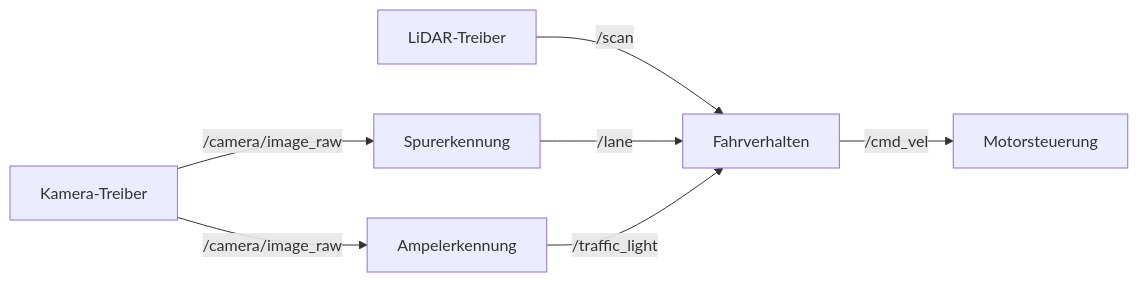
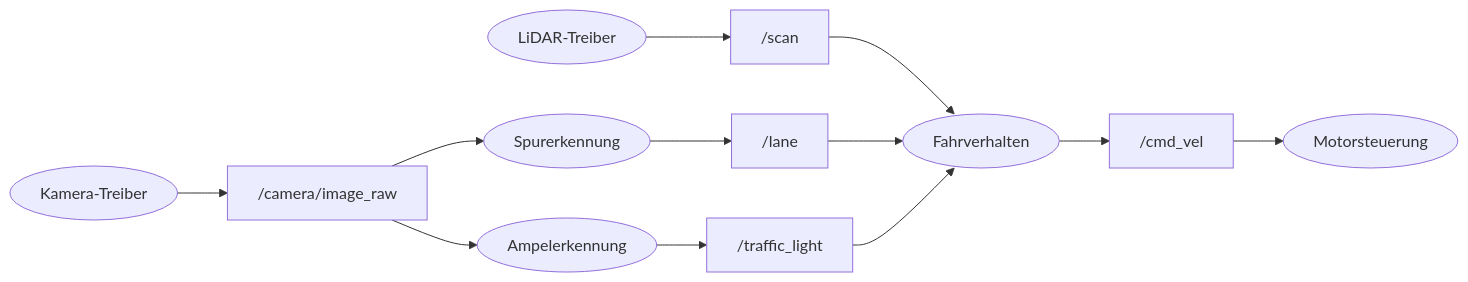
Before and after one commit to TUBAF-IfI-LiaScript/VL_SoftwareprojektRobotik: the eighth of 13 diagrams in 01_ROS_Grundlagen/01_ROS_Grundlagen.md, drawn with Mermaid. The commit also changed other lines of this file and 6 other files, not shown here.

````diff
--- a/01_ROS_Grundlagen/01_ROS_Grundlagen.md
+++ b/01_ROS_Grundlagen/01_ROS_Grundlagen.md
@@ -266,9 +516,12 @@
 ```mermaid @mermaid
 graph LR
-    L["LiDAR-Treiber"] -- "/scan" --> F["Fahrverhalten"]
-    K["Kamera-Treiber"] -- "/camera/image_raw" --> S["Spurerkennung"]
-    K -- "/camera/image_raw" --> A["Ampelerkennung"]
-    S -- "/lane" --> F
-    A -- "/traffic_light" --> F
-    F -- "/cmd_vel" --> M["Motorsteuerung"]
+    classDef rosnode rx:500px,ry:500px
+    L["LiDAR-Treiber"] --> SC["/scan"] --> F["Fahrverhalten"]
+    K["Kamera-Treiber"] --> IMG["/camera/image_raw"]
+    IMG --> S["Spurerkennung"]
+    IMG --> A["Ampelerkennung"]
+    S --> LN["/lane"] --> F
+    A --> TL["/traffic_light"] --> F
+    F --> CV["/cmd_vel"] --> M["Motorsteuerung"]
+    class L,K,F,S,A,M rosnode
 ```
````
